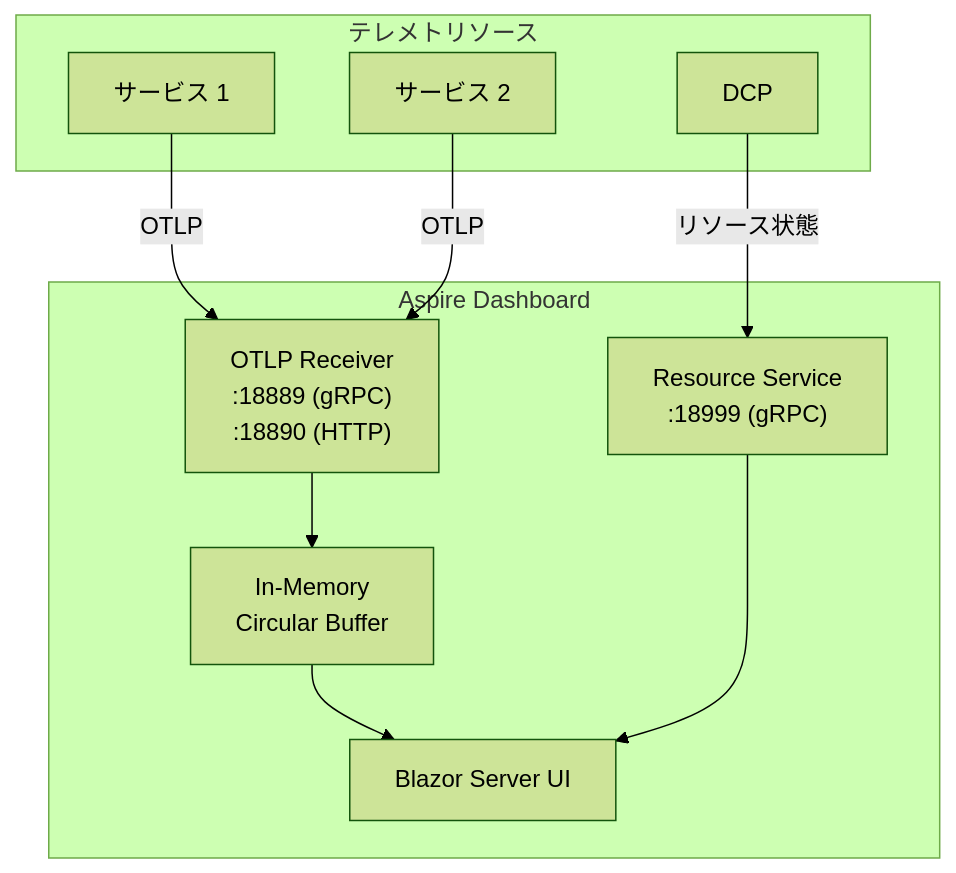
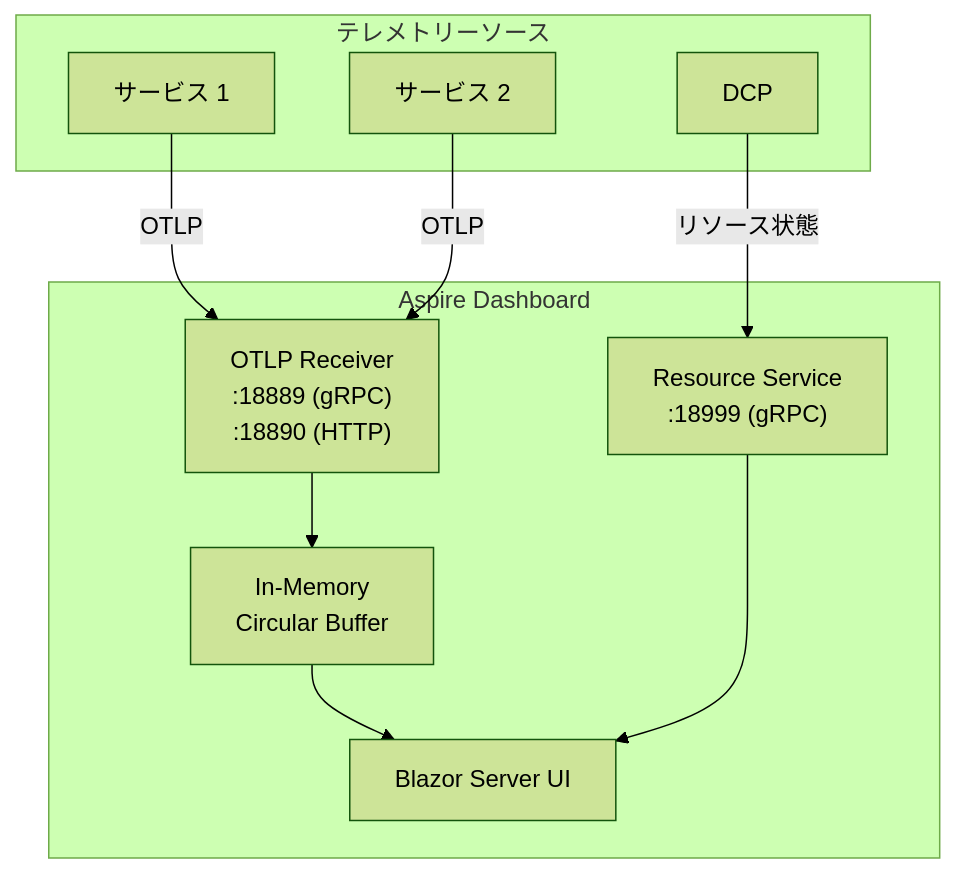
Before and after one commit to yoichiozaki/yoichiozaki.github.io: diagram 11 of 18 in content/blog/ja/dotnet-aspire.mdx, drawn with Mermaid (forest theme). The commit also changed other lines of this file and 117 other files, not shown here.

````diff
--- a/content/blog/ja/dotnet-aspire.mdx
+++ b/content/blog/ja/dotnet-aspire.mdx
@@ -693,22 +693,22 @@
 ```mermaid
 graph TD
     subgraph Dashboard["Aspire Dashboard"]
         UI["Blazor Server UI"]
         OTLPReceiver["OTLP Receiver<br/>:18889 (gRPC)<br/>:18890 (HTTP)"]
         ResourceServer["Resource Service<br/>:18999 (gRPC)"]
         Storage["In-Memory<br/>Circular Buffer"]
     end
 
-    subgraph Sources["テレメトリソース"]
+    subgraph Sources["テレメトリーソース"]
         App1["サービス 1"]
         App2["サービス 2"]
         DCP["DCP"]
     end
 
     App1 -->|OTLP| OTLPReceiver
     App2 -->|OTLP| OTLPReceiver
     DCP -->|リソース状態| ResourceServer
     OTLPReceiver --> Storage
     Storage --> UI
     ResourceServer --> UI
 ```
````
